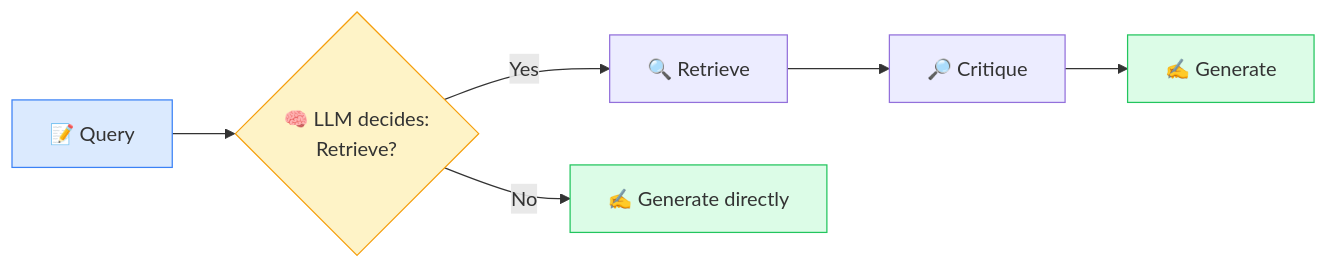
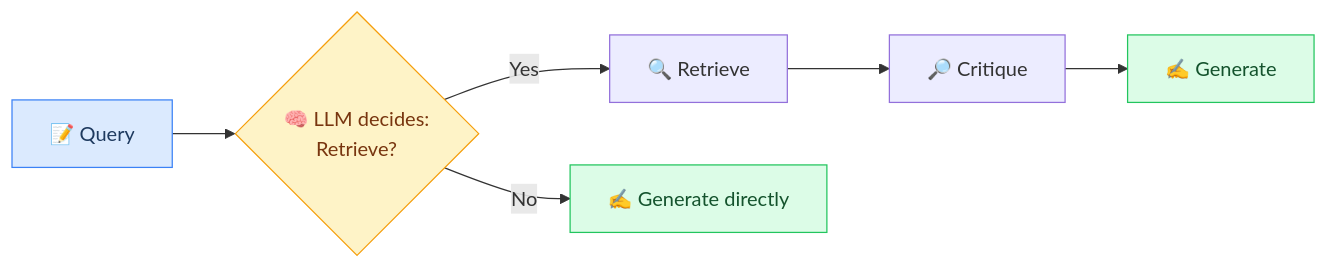
Before and after one commit to asq-sheriff/AI-Production-Checklist: the fourth of 18 diagrams in docs/TECHNOLOGY-SELECTION-GUIDE.md, drawn with Mermaid. The commit also changed other lines of this file and 8 other files, not shown here.

First line of the commit message:
Fix text contrast in all Mermaid diagrams

````diff
--- a/docs/TECHNOLOGY-SELECTION-GUIDE.md
+++ b/docs/TECHNOLOGY-SELECTION-GUIDE.md
@@ -151,13 +151,13 @@
 ```mermaid
 flowchart LR
     Query[📝 Query] --> LLMDecide{🧠 LLM decides:<br/>Retrieve?}
     LLMDecide -->|Yes| Retrieve[🔍 Retrieve]
     Retrieve --> Critique[🔎 Critique]
     Critique --> Generate[✍️ Generate]
     LLMDecide -->|No| DirectGen[✍️ Generate directly]
 
-    style Query fill:#dbeafe,stroke:#3b82f6
-    style Generate fill:#dcfce7,stroke:#22c55e
-    style DirectGen fill:#dcfce7,stroke:#22c55e
-    style LLMDecide fill:#fef3c7,stroke:#f59e0b
+    style Query fill:#dbeafe,stroke:#3b82f6,color:#1e3a5f
+    style Generate fill:#dcfce7,stroke:#22c55e,color:#14532d
+    style DirectGen fill:#dcfce7,stroke:#22c55e,color:#14532d
+    style LLMDecide fill:#fef3c7,stroke:#f59e0b,color:#78350f
 ```
````
